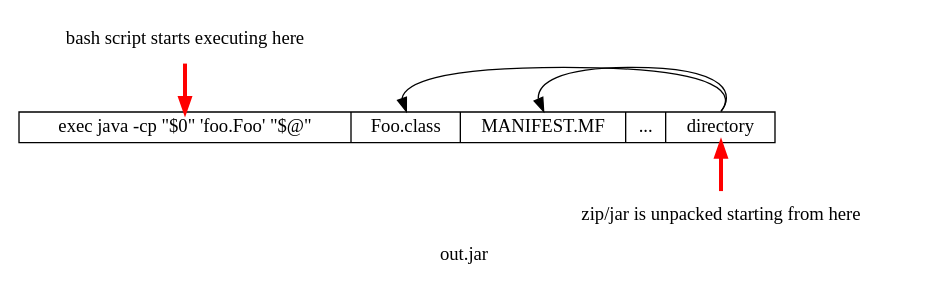
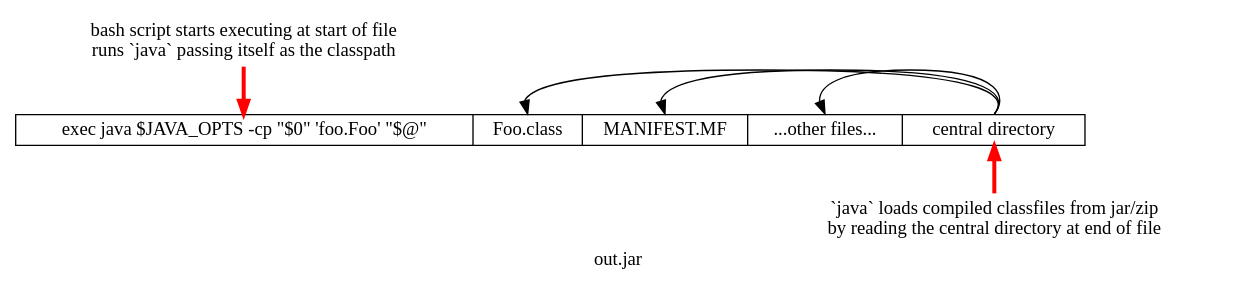
The third of 3 diagrams in blog/modules/ROOT/pages/5-executable-jars.adoc (com-lihaoyi/mill), drawn with Graphviz before and after one commit. The commit also changed other lines of this file and 2 other files, not shown here.

````diff
--- a/blog/modules/ROOT/pages/5-executable-jars.adoc
+++ b/blog/modules/ROOT/pages/5-executable-jars.adoc
@@ -195,14 +202,15 @@
 ```graphviz
 digraph G {
   label="out.jar"
-  left [shape=plaintext label="bash script starts executing here"]
-  right [shape=plaintext label="zip/jar is unpacked starting from here"]
+  left [shape=plaintext label="bash script starts executing at start of file\nruns `java` passing itself as the classpath"]
+  right [shape=plaintext label="`java` loads compiled classfiles from jar/zip\nby reading the central directory at end of file"]
 
   node [shape=box width=0 height=0 style=filled fillcolor=white]
-  zip [shape=record label="<fe> exec java -cp \"$0\" 'foo.Foo' \"$@\" | <f0> Foo.class | <f1> MANIFEST.MF | ... | <f2> directory"]
+  zip [shape=record label="<fe> exec java $JAVA_OPTS -cp \"$0\" 'foo.Foo' \"$@\" | <f0> Foo.class | <f1> MANIFEST.MF | <f3>...other files... | <f2> central directory"]
   zip:f2:n -> zip:f1:n
   zip:f2:n -> zip:f0:n
+  zip:f2:n -> zip:f3:n
   left -> zip:fe:n [color=red penwidth=3]
   zip:f2:s -> right [dir=back color=red penwidth=3]
 }
 ```
````
